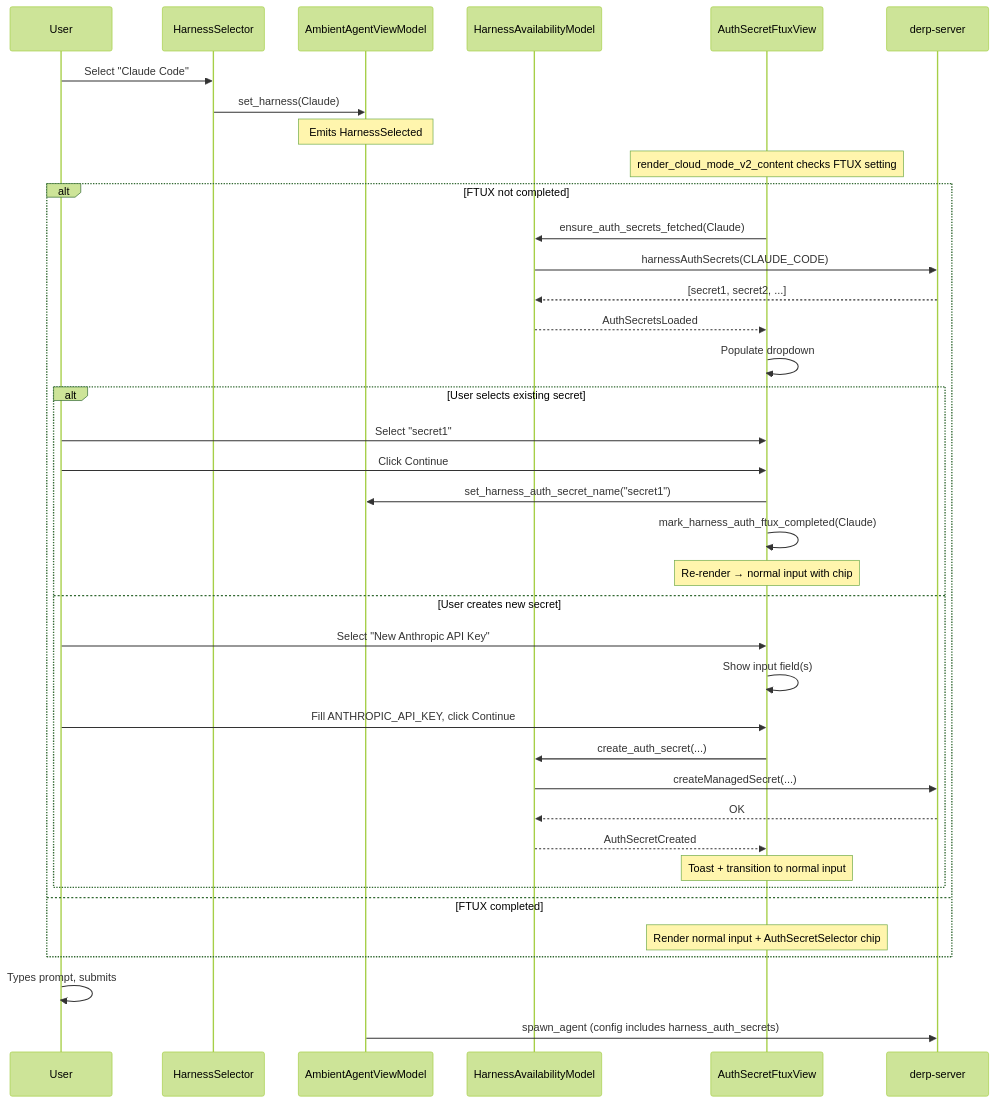
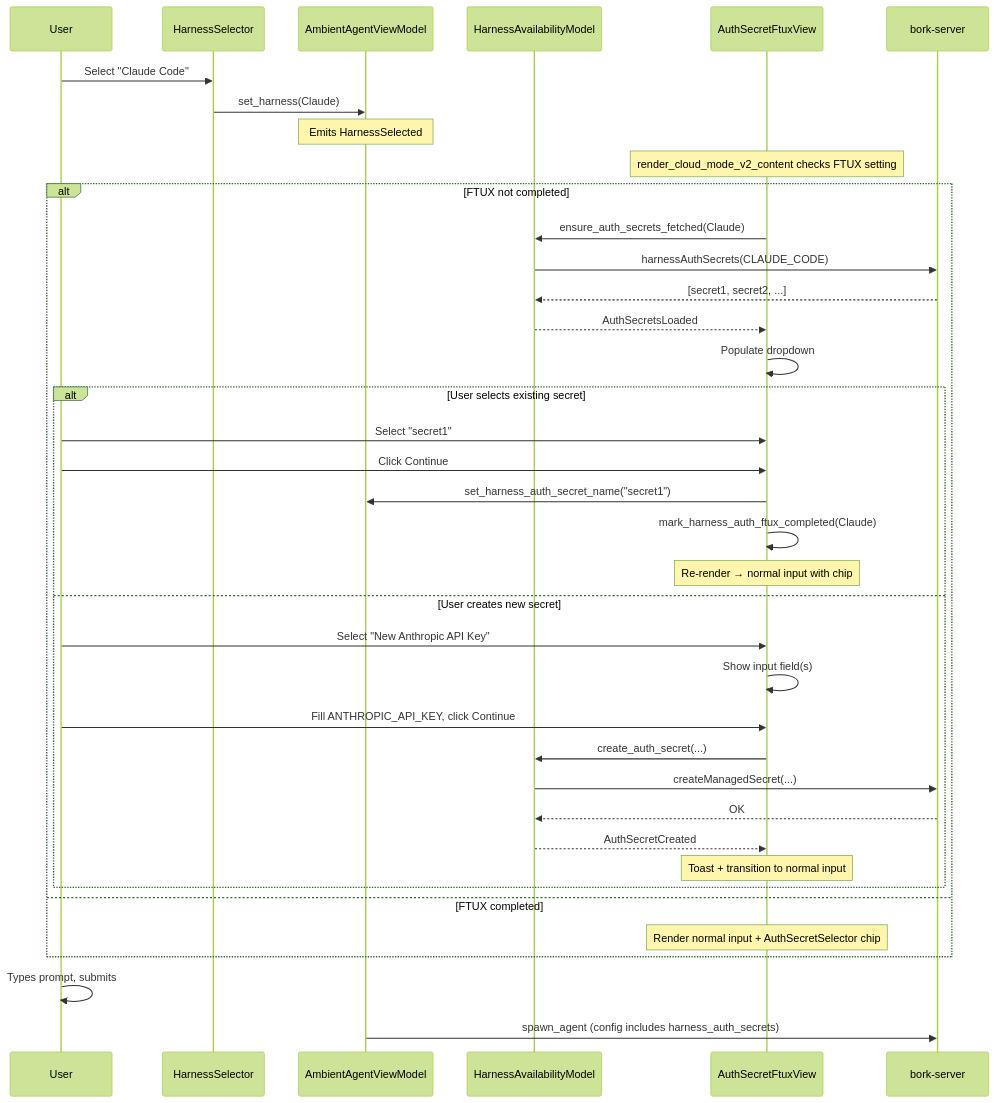
Before and after one commit to antikrust/krust-terminal: the diagram in specs/cloud-mode-auth-secrets/TECH.md, drawn with Mermaid (forest theme). The commit also changed other lines of this file and 4477 other files, not shown here.

First line of the commit message:
Rebrand Derp -> Bork

````diff
--- a/specs/cloud-mode-auth-secrets/TECH.md
+++ b/specs/cloud-mode-auth-secrets/TECH.md
@@ -390,41 +390,41 @@
 ```mermaid
 sequenceDiagram
     participant User
     participant HarnessSelector
     participant AmbientAgentVM as AmbientAgentViewModel
     participant HarnessAvail as HarnessAvailabilityModel
     participant FtuxView as AuthSecretFtuxView
-    participant Server as derp-server
+    participant Server as bork-server
 
     User->>HarnessSelector: Select "Claude Code"
     HarnessSelector->>AmbientAgentVM: set_harness(Claude)
     Note over AmbientAgentVM: Emits HarnessSelected
     Note over FtuxView: render_cloud_mode_v2_content checks FTUX setting
     alt FTUX not completed
         FtuxView->>HarnessAvail: ensure_auth_secrets_fetched(Claude)
         HarnessAvail->>Server: harnessAuthSecrets(CLAUDE_CODE)
         Server-->>HarnessAvail: [secret1, secret2, ...]
         HarnessAvail-->>FtuxView: AuthSecretsLoaded
         FtuxView->>FtuxView: Populate dropdown
         alt User selects existing secret
             User->>FtuxView: Select "secret1"
             User->>FtuxView: Click Continue
             FtuxView->>AmbientAgentVM: set_harness_auth_secret_name("secret1")
             FtuxView->>FtuxView: mark_harness_auth_ftux_completed(Claude)
             Note over FtuxView: Re-render → normal input with chip
         else User creates new secret
             User->>FtuxView: Select "New Anthropic API Key"
             FtuxView->>FtuxView: Show input field(s)
             User->>FtuxView: Fill ANTHROPIC_API_KEY, click Continue
             FtuxView->>HarnessAvail: create_auth_secret(...)
             HarnessAvail->>Server: createManagedSecret(...)
             Server-->>HarnessAvail: OK
             HarnessAvail-->>FtuxView: AuthSecretCreated
             Note over FtuxView: Toast + transition to normal input
         end
     else FTUX completed
         Note over FtuxView: Render normal input + AuthSecretSelector chip
     end
     User->>User: Types prompt, submits
     AmbientAgentVM->>Server: spawn_agent (config includes harness_auth_secrets)
 ```
````
